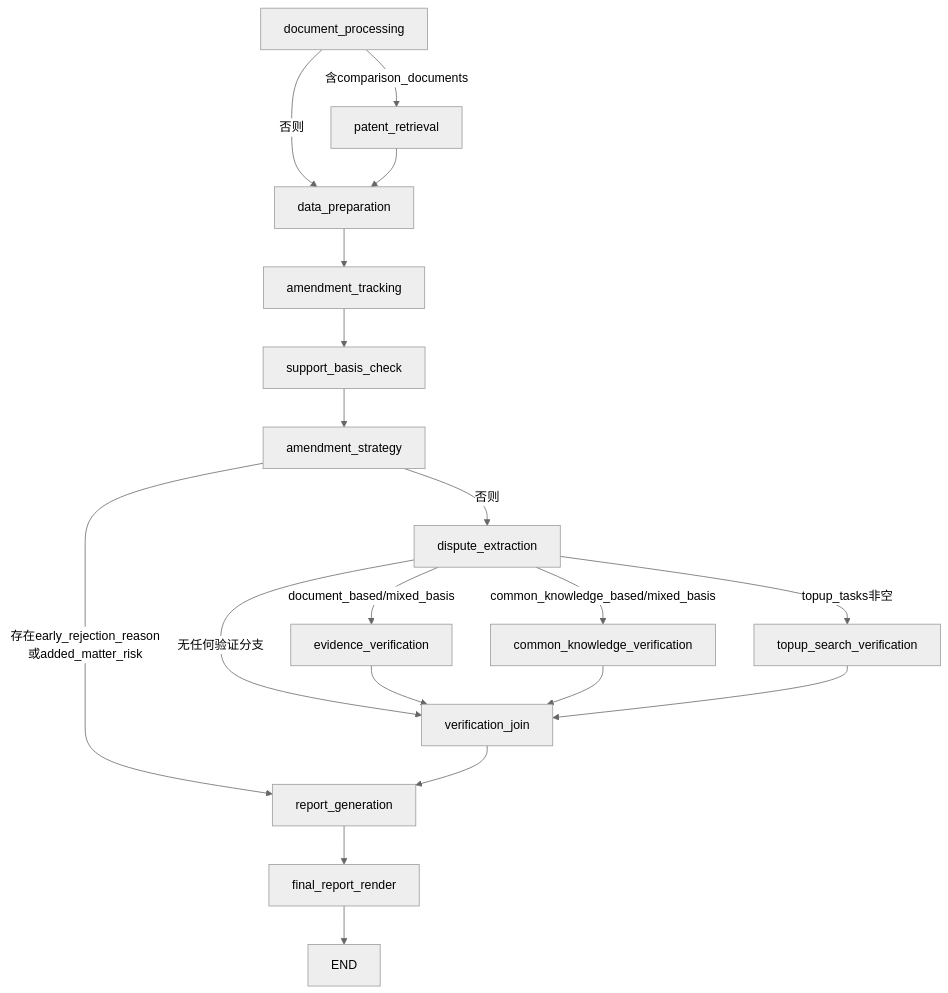
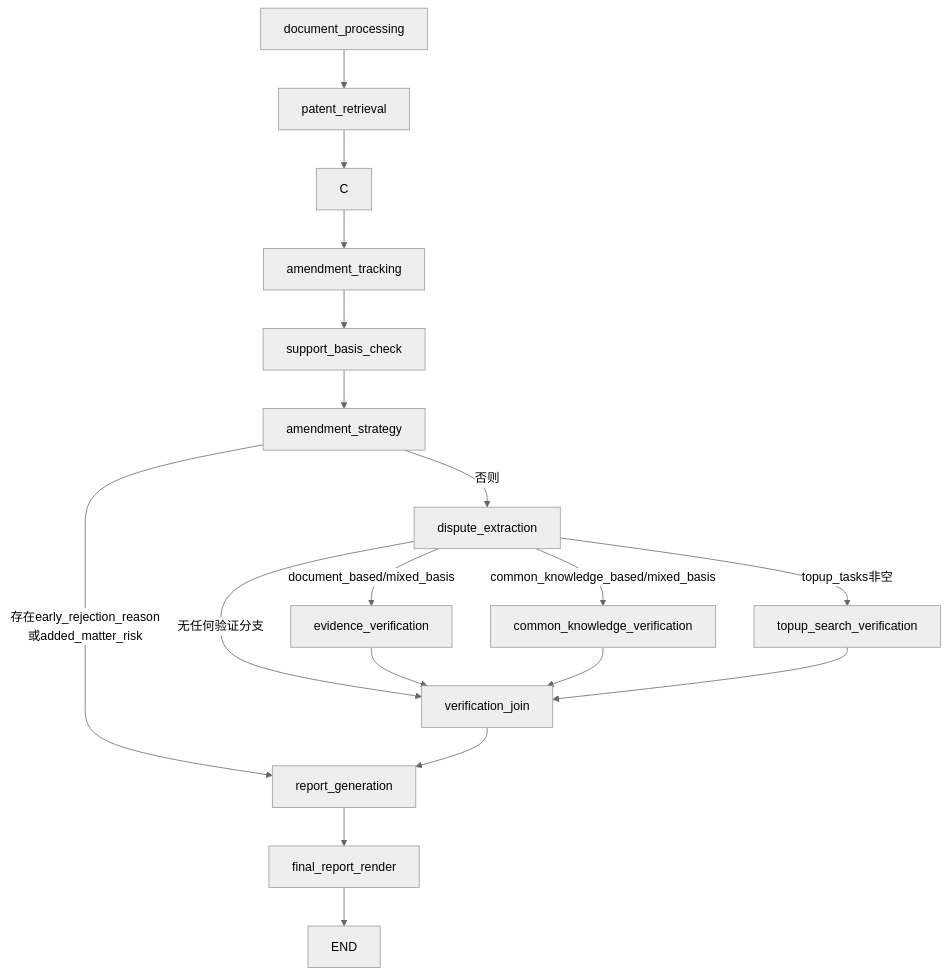
Before and after one commit to shixuev5/patent: the diagram in agents/office_action_reply/README.md, drawn with Mermaid (neutral theme). The commit also changed other lines of this file and 14 other files, not shown here.

````diff
--- a/agents/office_action_reply/README.md
+++ b/agents/office_action_reply/README.md
@@ -52,21 +52,20 @@
 ```mermaid
 flowchart TD
-    A[document_processing] -->|含comparison_documents| B[patent_retrieval]
-    A -->|否则| C[data_preparation]
+    A[document_processing] --> B[patent_retrieval]
     B --> C
     C --> D[amendment_tracking]
     D --> E[support_basis_check]
     E --> F[amendment_strategy]
     F -->|存在early_rejection_reason或added_matter_risk| L[report_generation]
     F -->|否则| G[dispute_extraction]
     G -->|document_based/mixed_basis| H[evidence_verification]
     G -->|common_knowledge_based/mixed_basis| I[common_knowledge_verification]
     G -->|topup_tasks非空| J[topup_search_verification]
     G -->|无任何验证分支| K[verification_join]
     H --> K
     I --> K
     J --> K
     K --> L
     L --> M[final_report_render]
     M --> N[END]
 ```
````
